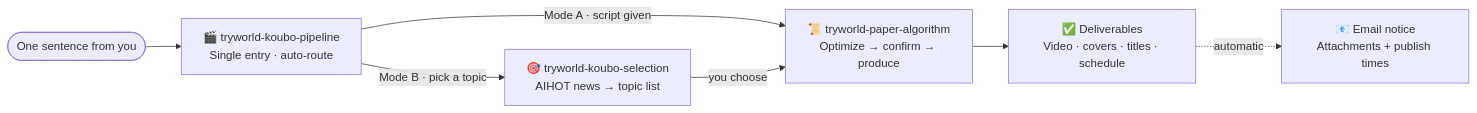
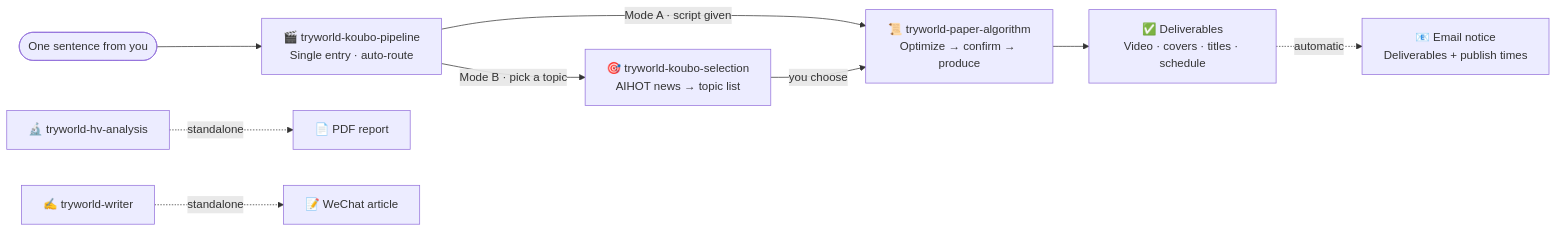
Before and after one commit to TryWorld2026/paper-algorithm: the diagram in README.md, drawn with Mermaid. The commit also changed other lines of this file and 3 other files, not shown here.

````diff
--- a/README.md
+++ b/README.md
@@ -37,9 +37,11 @@
 ```mermaid
 flowchart LR
     U(["One sentence from you"]) --> P["🎬 tryworld-koubo-pipeline<br/>Single entry · auto-route"]
     P -- "Mode A · script given" --> A["📜 tryworld-paper-algorithm<br/>Optimize → confirm → produce"]
     P -- "Mode B · pick a topic" --> S["🎯 tryworld-koubo-selection<br/>AIHOT news → topic list"]
     S -- "you choose" --> A
     A --> O["✅ Deliverables<br/>Video · covers · titles · schedule"]
-    O -. "automatic" .-> M["📧 Email notice<br/>Attachments + publish times"]
+    O -. "automatic" .-> M["📧 Email notice<br/>Deliverables + publish times"]
+    H["🔬 tryworld-hv-analysis"] -. "standalone" .-> R["📄 PDF report"]
+    W["✍️ tryworld-writer"] -. "standalone" .-> C["📝 WeChat article"]
 ```
````
